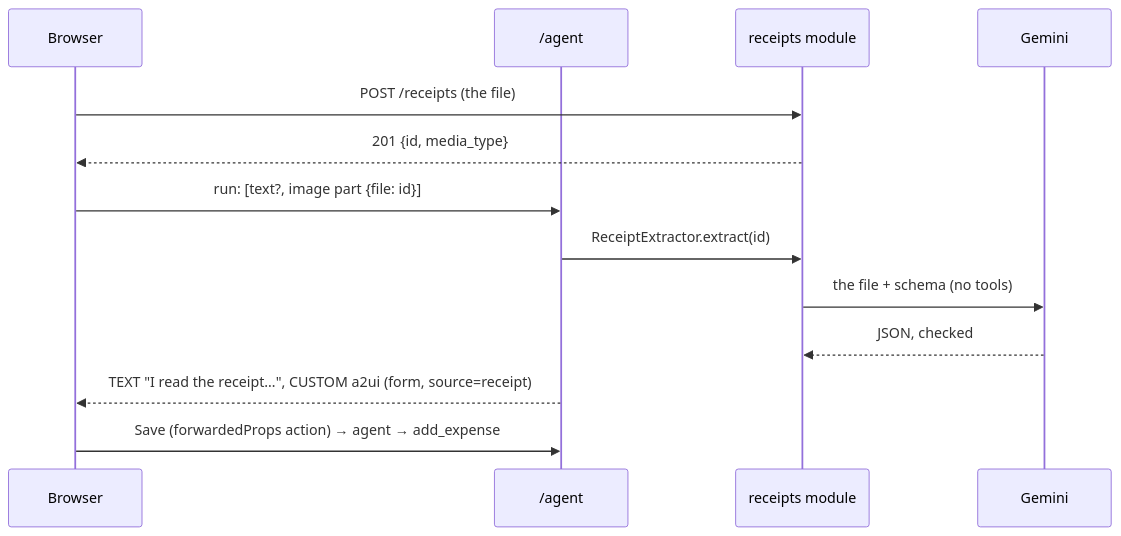
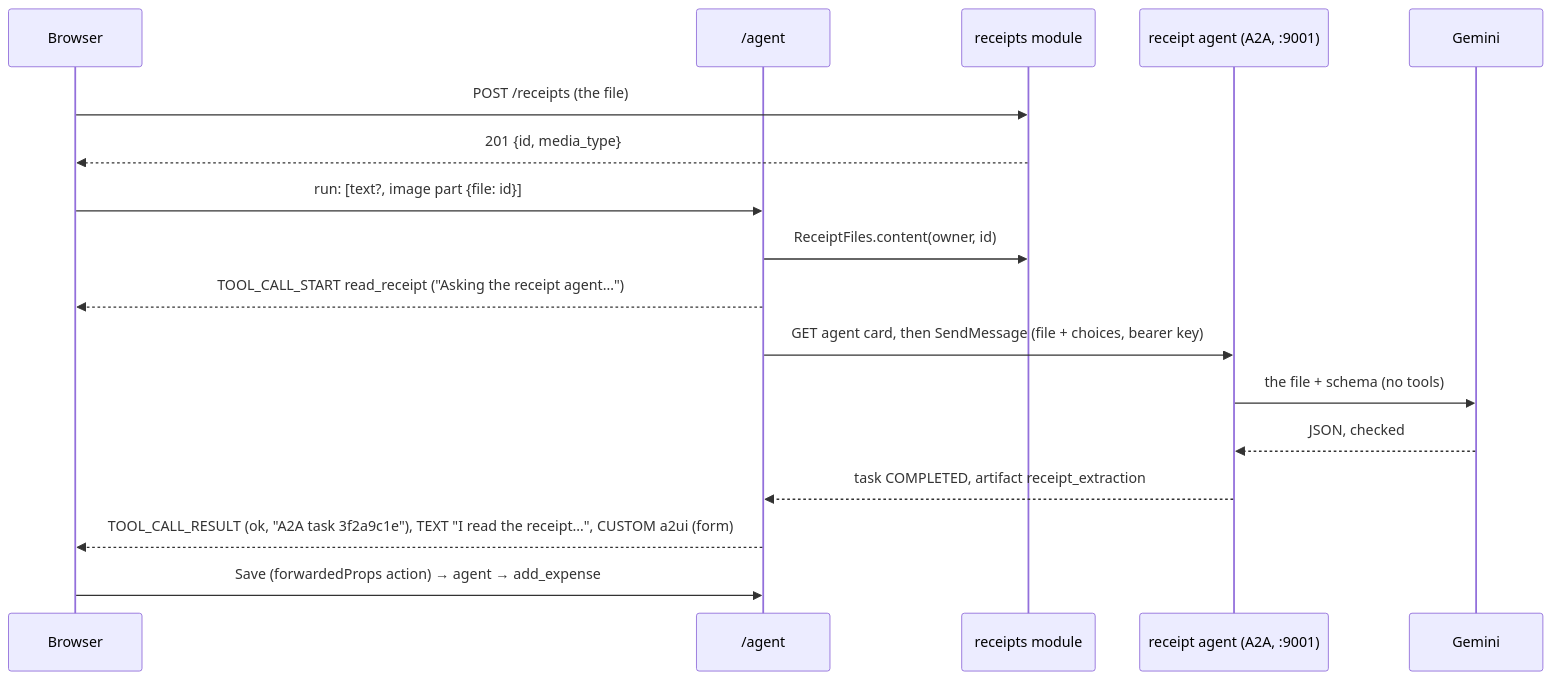
The fourth of 5 diagrams in docs/assistant_architecture.md (sanjeevgnrgy/spendwise), drawn with Mermaid before and after one commit. The commit also changed other lines of this file and 48 other files, not shown here.

````diff
--- a/docs/assistant_architecture.md
+++ b/docs/assistant_architecture.md
@@ -209,15 +213,19 @@
 ```mermaid
 sequenceDiagram
     participant B as Browser
     participant A as /agent
     participant R as receipts module
+    participant RA as receipt agent (A2A, :9001)
     participant G as Gemini
     B->>R: POST /receipts (the file)
     R-->>B: 201 {id, media_type}
     B->>A: run: [text?, image part {file: id}]
-    A->>R: ReceiptExtractor.extract(id)
-    R->>G: the file + schema (no tools)
-    G-->>R: JSON, checked
-    A-->>B: TEXT "I read the receipt…", CUSTOM a2ui (form, source=receipt)
+    A->>R: ReceiptFiles.content(owner, id)
+    A-->>B: TOOL_CALL_START read_receipt ("Asking the receipt agent…")
+    A->>RA: GET agent card, then SendMessage (file + choices, bearer key)
+    RA->>G: the file + schema (no tools)
+    G-->>RA: JSON, checked
+    RA-->>A: task COMPLETED, artifact receipt_extraction
+    A-->>B: TOOL_CALL_RESULT (ok, "A2A task 3f2a9c1e"), TEXT "I read the receipt…", CUSTOM a2ui (form)
     B->>A: Save (forwardedProps action) → agent → add_expense
 ```
````
